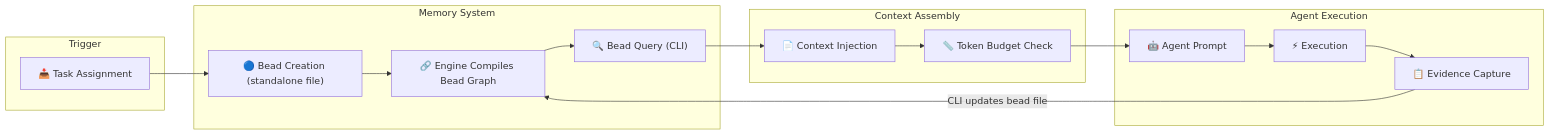
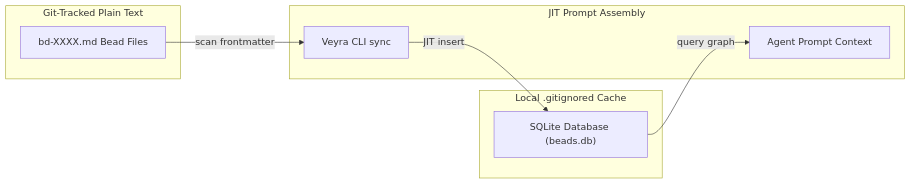
One commit to VINYASGM/antiskills changed the third of 3 diagrams in Architecture.md. Above: the diagram before and after it, drawn with Mermaid. The commit also changed other lines of this file and 24 other files, not shown here.

First line of the commit message:
feat: complete Veyra OS architectural overhaul

````diff
--- a/Architecture.md
+++ b/Architecture.md
@@ -135,33 +83,19 @@
 ```mermaid
 graph LR
-    subgraph TRIGGER["Trigger"]
-        T["📥 Task Assignment"]
+    subgraph GIT_TRACKED["Git-Tracked Plain Text"]
+        MD["bd-XXXX.md Bead Files"]
     end
- 
-    subgraph MEMORY["Memory System"]
-        BC["🔵 Bead Creation (standalone file)"]
-        BG["🔗 Engine Compiles Bead Graph"]
-        BQ["🔍 Bead Query (CLI)"]
+
+    subgraph LOCAL_CACHE["Local .gitignored Cache"]
+        SQL["SQLite Database (beads.db)"]
     end
- 
-    subgraph CONTEXT["Context Assembly"]
-        CI["📄 Context Injection"]
-        TB["📏 Token Budget Check"]
+
+    subgraph EXECUTION["JIT Prompt Assembly"]
+        CLI["Veyra CLI sync"]
+        PROMPT["Agent Prompt Context"]
     end
- 
-    subgraph AGENT["Agent Execution"]
-        AP["🤖 Agent Prompt"]
-        EX["⚡ Execution"]
-        EV["📋 Evidence Capture"]
-    end
- 
-    T --> BC
-    BC --> BG
-    BG --> BQ
-    BQ --> CI
-    CI --> TB
-    TB --> AP
-    AP --> EX
-    EX --> EV
-    EV -->|"CLI updates bead file"| BG
+
+    MD -->|"scan frontmatter"| CLI
+    CLI -->|"JIT insert"| SQL
+    SQL -->|"query graph"| PROMPT
 ```
````
